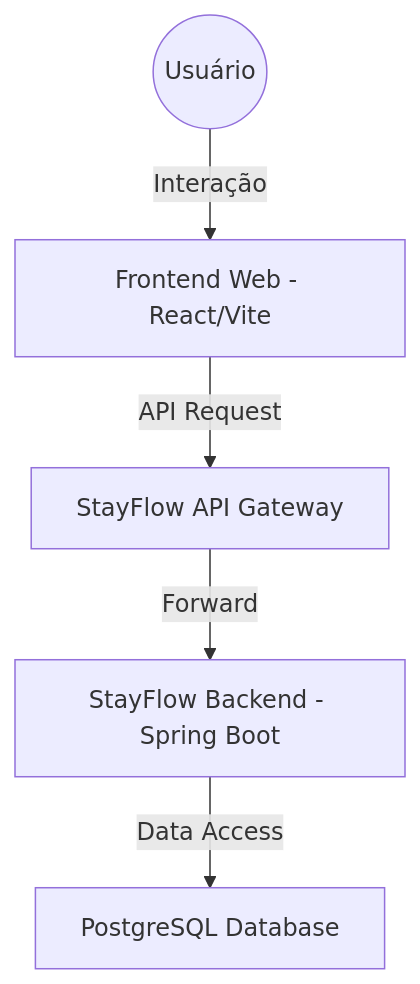
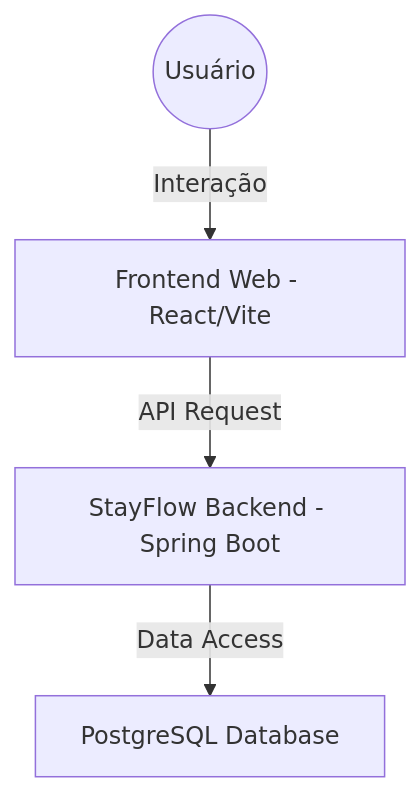
The diagram in README.md (RafaelReis22/StayFlow-Hotel), drawn with Mermaid before and after one commit. The commit also changed other lines of this file, not shown here.

Commit message:
docs: remove mentions to Gateway

````diff
--- a/README.md
+++ b/README.md
@@ -15,7 +15,6 @@
 ```mermaid
 graph TD
     User((Usuário)) -->|Interação| Frontend[Frontend Web - React/Vite]
-    Frontend -->|API Request| Gateway[StayFlow API Gateway]
-    Gateway -->|Forward| Backend[StayFlow Backend - Spring Boot]
+    Frontend -->|API Request| Backend[StayFlow Backend - Spring Boot]
     Backend -->|Data Access| Postgres[PostgreSQL Database]
 ```
````
